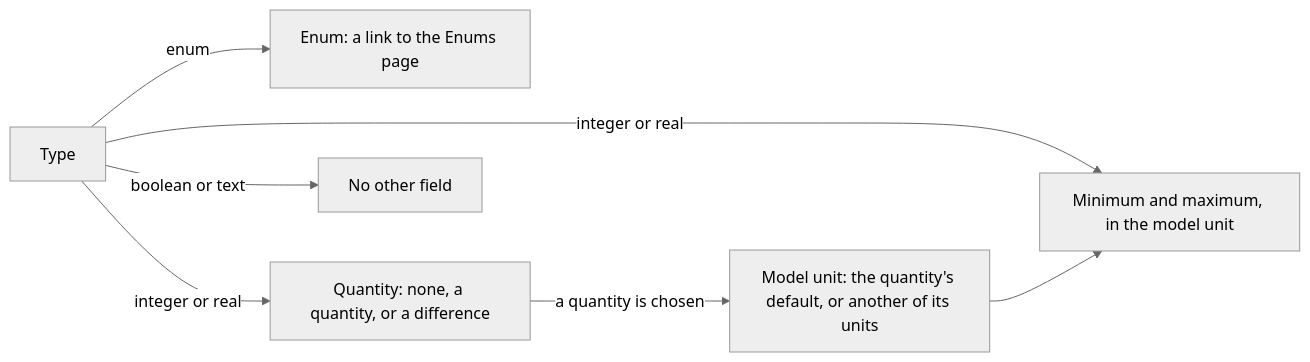
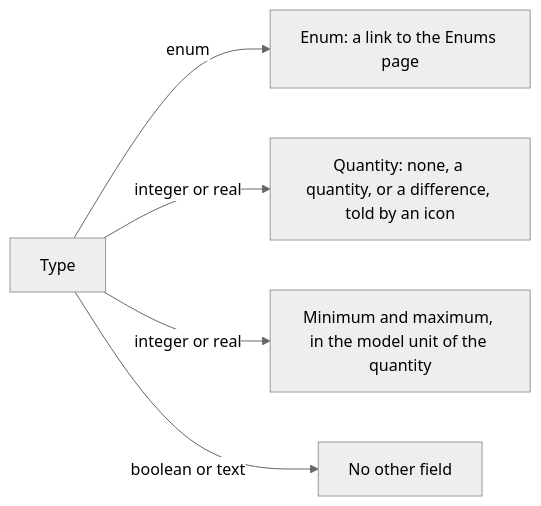
One commit to AlexandreGallais/synoptic-studio-spec changed the sixth of 15 diagrams in screens/metadata.md. Above: the diagram before and after it, drawn with Mermaid (neutral theme). The commit also changed other lines of this file and 12 other files, not shown here.

````diff
--- a/screens/metadata.md
+++ b/screens/metadata.md
@@ -187,9 +189,7 @@
 ```mermaid
 flowchart LR
     T["Type"] -->|"enum"| E["Enum: a link to the Enums page"]
-    T -->|"integer or real"| Q["Quantity: none, a quantity, or a difference"]
-    T -->|"integer or real"| B["Minimum and maximum, in the model unit"]
+    T -->|"integer or real"| Q["Quantity: none, a quantity, or a difference, told by an icon"]
+    T -->|"integer or real"| B["Minimum and maximum, in the model unit of the quantity"]
     T -->|"boolean or text"| N["No other field"]
-    Q -->|"a quantity is chosen"| U["Model unit: the quantity's default, or another of its units"]
-    U --> B
 ```
````
